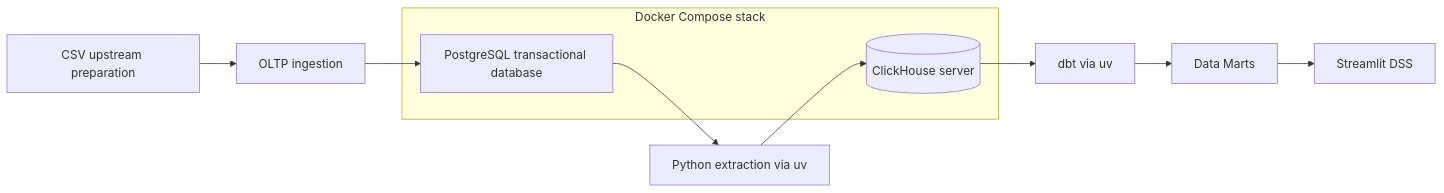
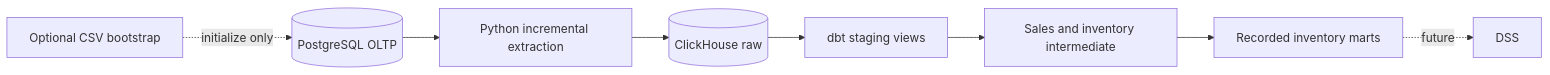
The diagram in docs/architecture.md (ducklemon596/inventory-dw-dss), drawn with Mermaid before and after one commit. The commit also changed other lines of this file and 95 other files, not shown here.

````diff
--- a/docs/architecture.md
+++ b/docs/architecture.md
@@ -3,11 +3,7 @@
 ```mermaid
 flowchart LR
-    CSV[CSV upstream preparation] --> Ingest[OLTP ingestion]
-    Ingest --> OLTP[PostgreSQL transactional database]
-    subgraph Compose[Docker Compose stack]
-        OLTP
-        ClickHouse[(ClickHouse server)]
-    end
-    OLTP --> Extract[Python extraction via uv] --> ClickHouse --> dbt
-    dbt[dbt via uv] --> Marts[Data Marts] --> DSS[Streamlit DSS]
+    CSV[Optional CSV bootstrap] -. initialize only .-> PG[(PostgreSQL OLTP)]
+    PG --> EX[Python incremental extraction] --> RAW[(ClickHouse raw)]
+    RAW --> ST[dbt staging views] --> INT[Sales and inventory intermediate]
+    INT --> M[Recorded inventory marts] -. future .-> DSS[DSS]
 ```
````
